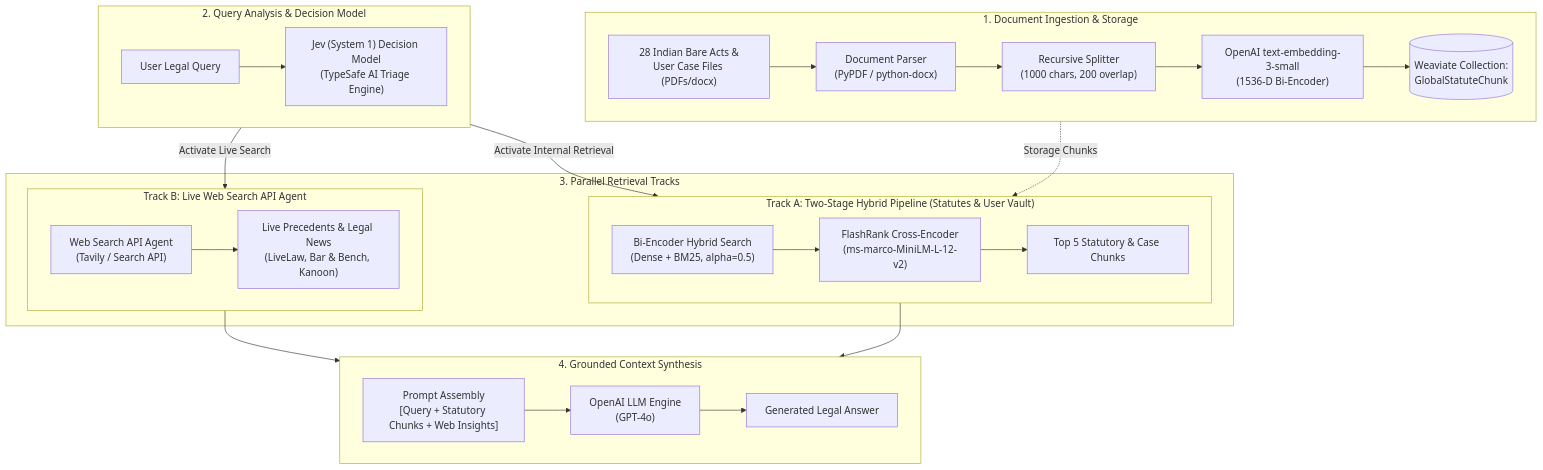
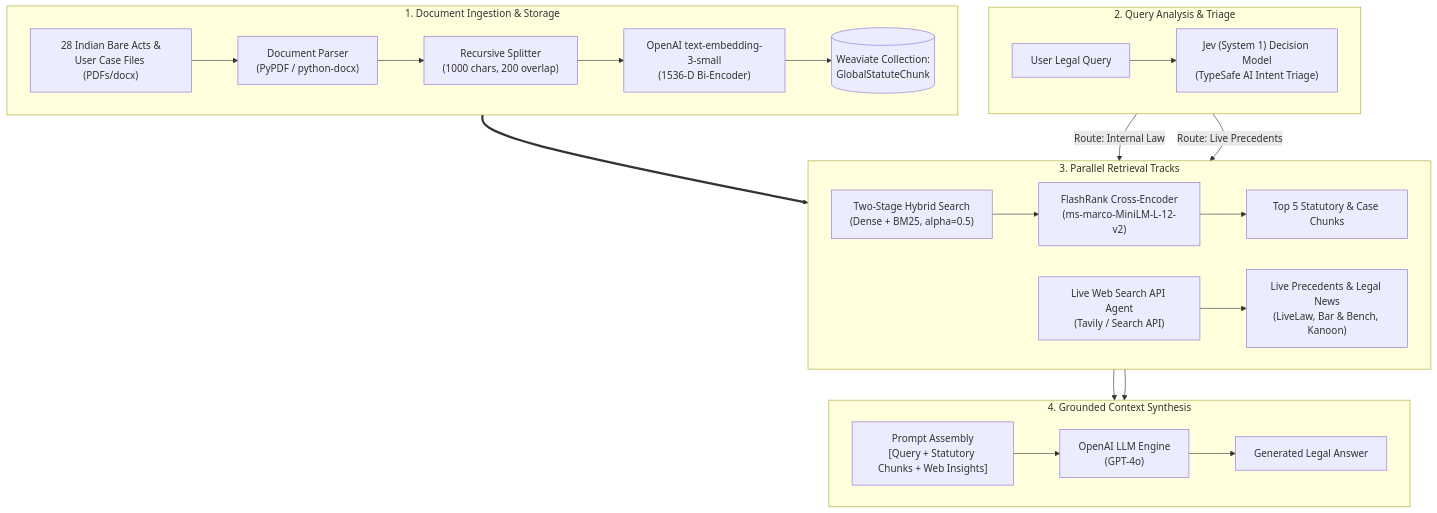
The first of 2 diagrams in README.md (JaywardhanYadav/LegalDrishti-AI), drawn with Mermaid before and after one commit.

Commit message:
docs: flatten Version 1 diagram into 4 vertically stacked horizontal rectangular stages

````diff
--- a/README.md
+++ b/README.md
@@ -35,35 +35,29 @@
 ```mermaid
 flowchart TD
     subgraph INGEST_V1["1. Document Ingestion & Storage"]
         direction LR
         DOCS_V1["28 Indian Bare Acts &\nUser Case Files (PDFs/docx)"] --> PARSER_V1["Document Parser\n(PyPDF / python-docx)"] --> CHUNK_V1["Recursive Splitter\n(1000 chars, 200 overlap)"] --> EMBED_V1["OpenAI text-embedding-3-small\n(1536-D Bi-Encoder)"] --> WEAVIATE_V1[("Weaviate Collection:\nGlobalStatuteChunk")]
     end
 
-    subgraph TRIAGE_V1["2. Query Analysis & Decision Model"]
+    subgraph TRIAGE_V1["2. Query Analysis & Triage"]
         direction LR
-        QUERY_V1["User Legal Query"] --> JEV_V1["Jev (System 1) Decision Model\n(TypeSafe AI Triage Engine)"]
+        QUERY_V1["User Legal Query"] --> JEV_V1["Jev (System 1) Decision Model\n(TypeSafe AI Intent Triage)"]
     end
 
-    subgraph DUAL_BRANCHES["3. Parallel Retrieval Tracks"]
-        subgraph PIPELINE_INTERNAL["Track A: Two-Stage Hybrid Pipeline (Statutes & User Vault)"]
-            direction LR
-            HYBRID_V1["Bi-Encoder Hybrid Search\n(Dense + BM25, alpha=0.5)"] --> RERANK_V1["FlashRank Cross-Encoder\n(ms-marco-MiniLM-L-12-v2)"] --> TOP_INTERNAL["Top 5 Statutory & Case Chunks"]
-        end
-
-        subgraph PIPELINE_WEB["Track B: Live Web Search API Agent"]
-            direction LR
-            AGENT_WEB["Web Search API Agent\n(Tavily / Search API)"] --> WEB_RESULTS["Live Precedents & Legal News\n(LiveLaw, Bar & Bench, Kanoon)"]
-        end
+    subgraph RETRIEVE_V1["3. Parallel Retrieval Tracks"]
+        direction LR
+        HYBRID_V1["Two-Stage Hybrid Search\n(Dense + BM25, alpha=0.5)"] --> RERANK_V1["FlashRank Cross-Encoder\n(ms-marco-MiniLM-L-12-v2)"] --> TOP_INTERNAL["Top 5 Statutory & Case Chunks"]
+        AGENT_WEB["Live Web Search API Agent\n(Tavily / Search API)"] --> WEB_RESULTS["Live Precedents & Legal News\n(LiveLaw, Bar & Bench, Kanoon)"]
     end
 
     subgraph SYNTHESIS_V1["4. Grounded Context Synthesis"]
         direction LR
         PROMPT_V1["Prompt Assembly\n[Query + Statutory Chunks + Web Insights]"] --> LLM_V1["OpenAI LLM Engine\n(GPT-4o)"] --> ANS_V1["Generated Legal Answer"]
     end
 
-    INGEST_V1 -. Storage Chunks .-> HYBRID_V1
-    JEV_V1 -->|Activate Internal Retrieval| HYBRID_V1
-    JEV_V1 -->|Activate Live Search| AGENT_WEB
+    INGEST_V1 ==> RETRIEVE_V1
+    JEV_V1 -->|Route: Internal Law| HYBRID_V1
+    JEV_V1 -->|Route: Live Precedents| AGENT_WEB
     TOP_INTERNAL --> PROMPT_V1
     WEB_RESULTS --> PROMPT_V1
 ```
````
